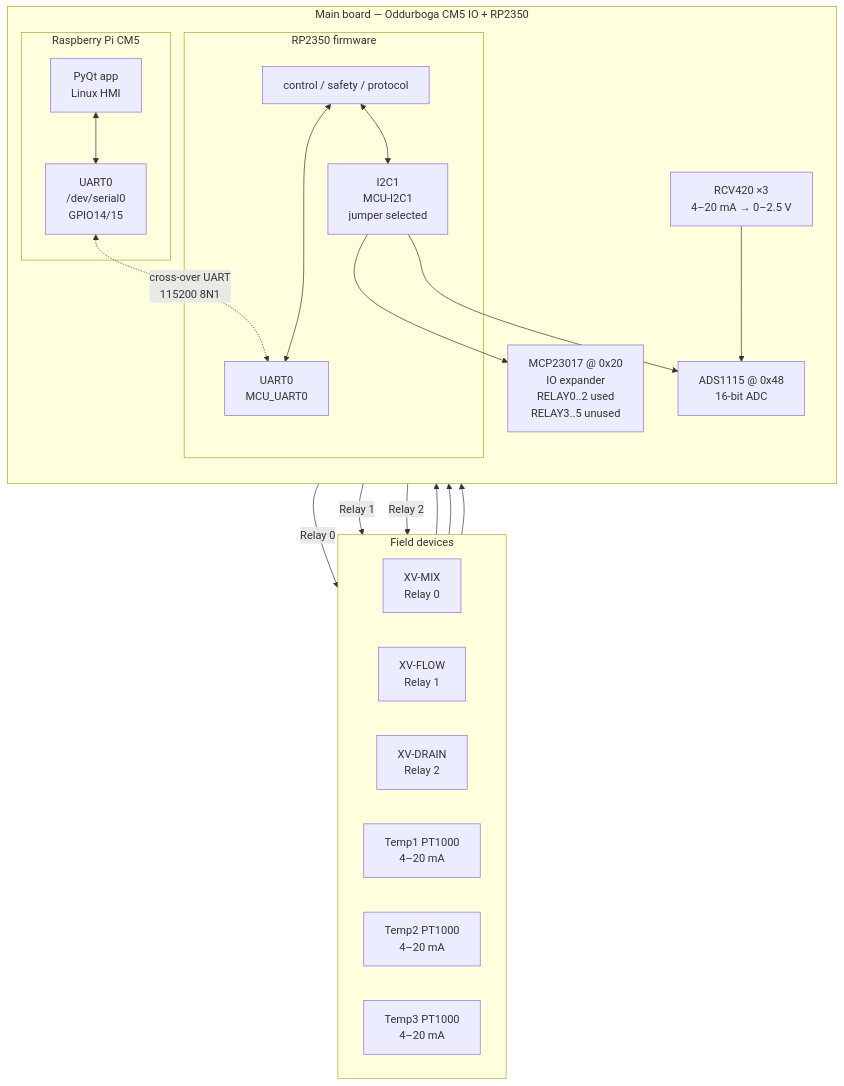
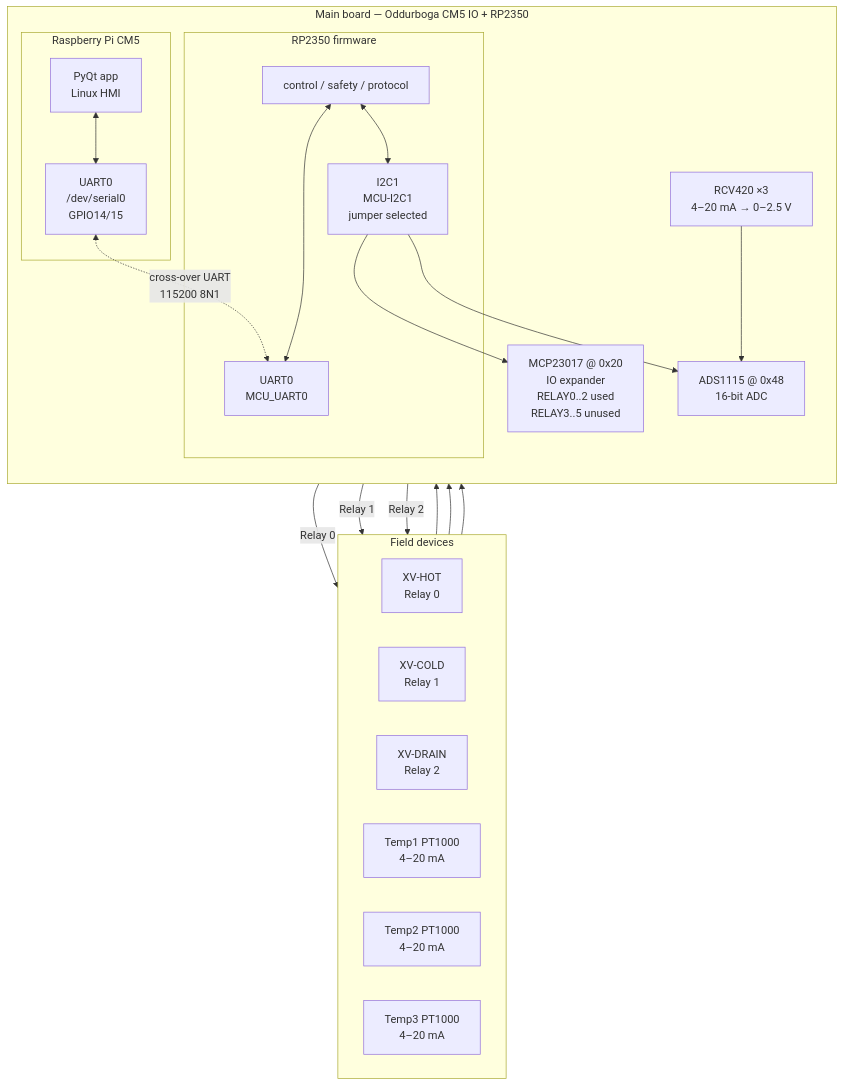
The second of 5 diagrams in doc/diagrams.md (raspipcb/oddurboga-cm5-rp2350), drawn with Mermaid before and after one commit. The commit also changed other lines of this file and 3 other files, not shown here.

````diff
--- a/doc/diagrams.md
+++ b/doc/diagrams.md
@@ -50,46 +54,46 @@
 ```mermaid
 flowchart TB
   subgraph PLANT["Field devices"]
     direction LR
-    V0["XV-MIX<br/>Relay 0"]
-    V1["XV-FLOW<br/>Relay 1"]
+    V0["XV-HOT<br/>Relay 0"]
+    V1["XV-COLD<br/>Relay 1"]
     V2["XV-DRAIN<br/>Relay 2"]
     S1["Temp1 PT1000<br/>4–20 mA"]
     S2["Temp2 PT1000<br/>4–20 mA"]
     S3["Temp3 PT1000<br/>4–20 mA"]
   end
 
   subgraph MAIN["Main board — Oddurboga CM5 IO + RP2350"]
     direction TB
     subgraph CM5BOX["Raspberry Pi CM5"]
       PYQT["PyQt app<br/>Linux HMI"]
       UART_CM["UART0<br/>/dev/serial0<br/>GPIO14/15"]
       PYQT <--> UART_CM
     end
 
     subgraph RPBOX["RP2350 firmware"]
       FW["control / safety / protocol"]
       UART_MCU["UART0<br/>MCU_UART0"]
       I2C["I2C1<br/>MCU-I2C1<br/>jumper selected"]
       FW <--> UART_MCU
       FW <--> I2C
     end
 
     MCP["MCP23017 @ 0x20<br/>IO expander<br/>RELAY0..2 used<br/>RELAY3..5 unused"]
     ADS["ADS1115 @ 0x48<br/>16-bit ADC"]
     RCV["RCV420 ×3<br/>4–20 mA → 0–2.5 V"]
 
     I2C --> MCP
     I2C --> ADS
     RCV --> ADS
   end
 
   UART_CM <-.->|"cross-over UART<br/>115200 8N1"| UART_MCU
 
   MCP -->|"Relay 0"| V0
   MCP -->|"Relay 1"| V1
   MCP -->|"Relay 2"| V2
   S1 --> RCV
   S2 --> RCV
   S3 --> RCV
 ```
````
